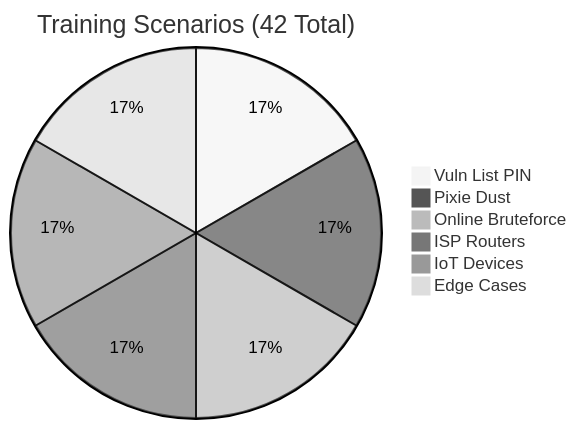
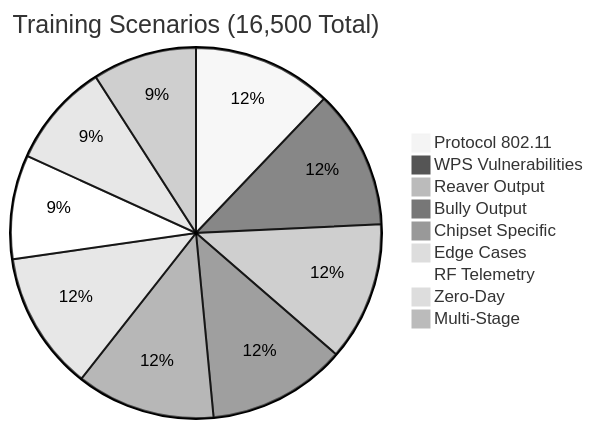
One commit to OPX-Aminul/OPXoneshot changed the second of 4 diagrams in README.md. Above: the diagram before and after it, drawn with Mermaid (neutral theme). The commit also changed other lines of this file and 1 other file, not shown here.

````diff
--- a/README.md
+++ b/README.md
@@ -478,9 +515,12 @@
 ```mermaid
-pie title Training Scenarios (42 Total)
-    "Vuln List PIN" : 7
-    "Pixie Dust" : 7
-    "Online Bruteforce" : 7
-    "ISP Routers" : 7
-    "IoT Devices" : 7
-    "Edge Cases" : 7
+pie title Training Scenarios (16,500 Total)
+    "Protocol 802.11" : 2000
+    "WPS Vulnerabilities" : 2000
+    "Reaver Output" : 2000
+    "Bully Output" : 2000
+    "Chipset Specific" : 2000
+    "Edge Cases" : 2000
+    "RF Telemetry" : 1500
+    "Zero-Day" : 1500
+    "Multi-Stage" : 1500
 ```
````
